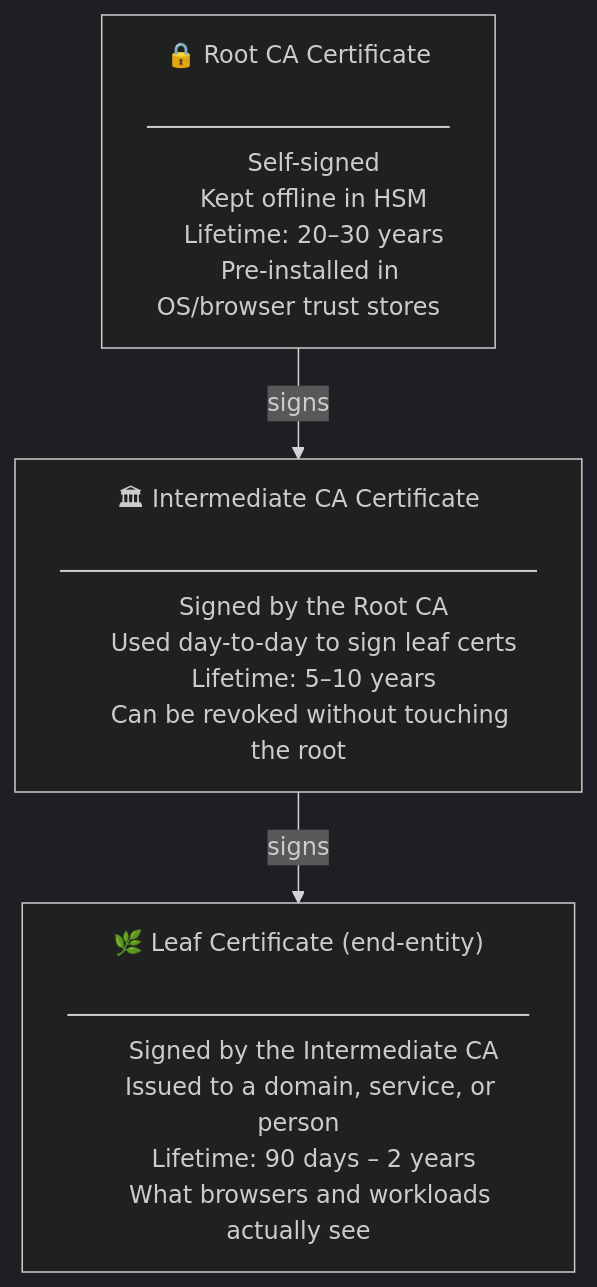
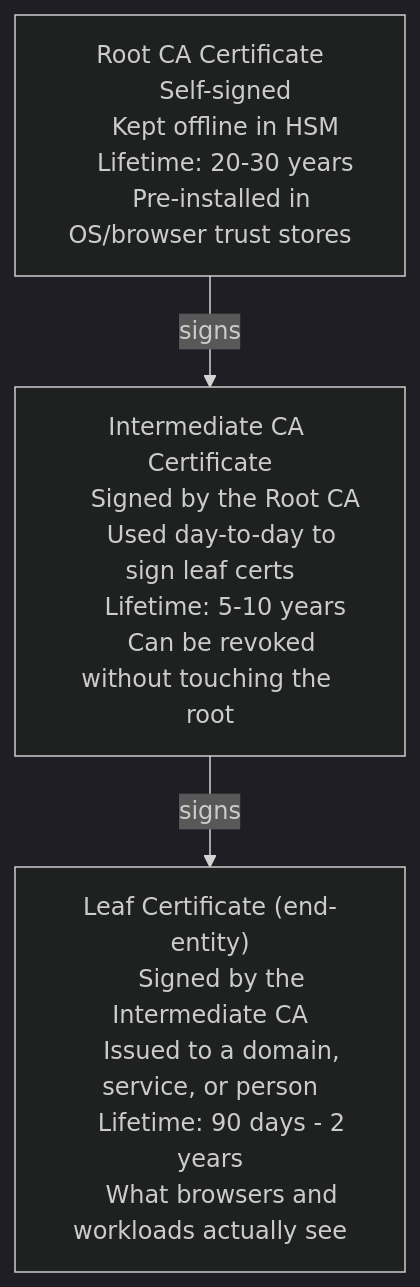
Before and after one commit to ypeavler/blog: the fourth of 6 diagrams in _posts/2026-03-05-cryptographic-basics-in-a-hurry.md, drawn with Mermaid. The commit also changed other lines of this file and 2 other files, not shown here.

```diff
--- a/_posts/2026-03-05-cryptographic-basics-in-a-hurry.md
+++ b/_posts/2026-03-05-cryptographic-basics-in-a-hurry.md
@@ -492,27 +414,24 @@
 <div class="mermaid">
 %%{init: {'theme': 'dark'}}%%
 flowchart TD
-    R["🔒 Root CA Certificate
-    ─────────────────────
+    R["Root CA Certificate
     Self-signed
     Kept offline in HSM
-    Lifetime: 20–30 years
+    Lifetime: 20-30 years
     Pre-installed in OS/browser trust stores"]
 
-    I["🏛 Intermediate CA Certificate
-    ─────────────────────────────────
+    I["Intermediate CA Certificate
     Signed by the Root CA
     Used day-to-day to sign leaf certs
-    Lifetime: 5–10 years
+    Lifetime: 5-10 years
     Can be revoked without touching the root"]
 
-    L["🌿 Leaf Certificate (end-entity)
-    ────────────────────────────────
+    L["Leaf Certificate (end-entity)
     Signed by the Intermediate CA
     Issued to a domain, service, or person
-    Lifetime: 90 days – 2 years
+    Lifetime: 90 days - 2 years
     What browsers and workloads actually see"]
 
     R -- "signs" --> I
     I -- "signs" --> L
 </div>
```
